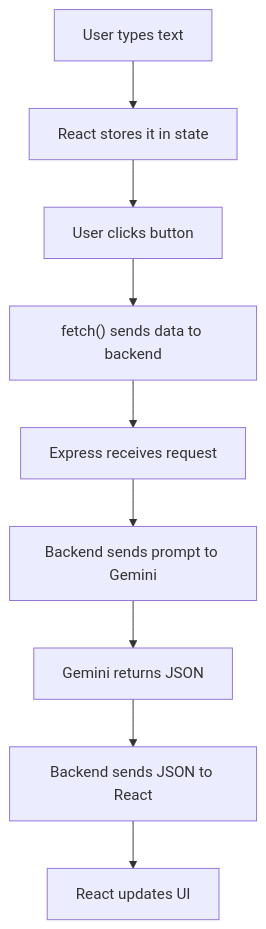
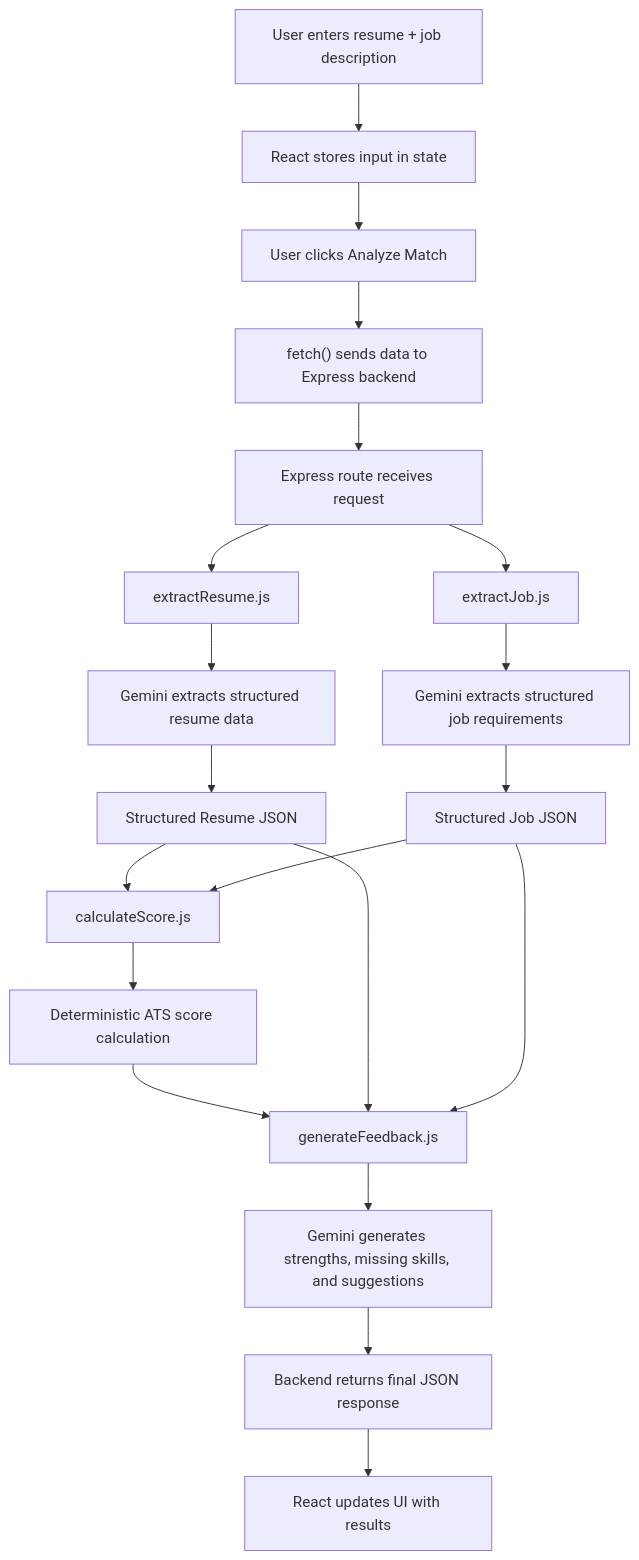
One commit to Sam-AI-Solutions/AI-Resume-Matcher changed the diagram in README.md. Above: the diagram before and after it, drawn with Mermaid.

````diff
--- a/README.md
+++ b/README.md
@@ -1,11 +1,37 @@
 ```mermaid
 flowchart TD
-    n1["User types text"] --> n2["React stores it in state"]
-    n2 --> n3["User clicks button"]
-    n3 --> n4["fetch() sends data to backend"]
-    n4 --> n5["Express receives request"]
-    n5 --> n6["Backend sends prompt to Gemini"]
-    n6 --> n7["Gemini returns JSON"]
-    n7 --> n8["Backend sends JSON to React"]
-    n8 --> n9["React updates UI"]
+
+    A["User enters resume + job description"]
+        --> B["React stores input in state"]
+
+    B --> C["User clicks Analyze Match"]
+
+    C --> D["fetch() sends data to Express backend"]
+
+    D --> E["Express route receives request"]
+
+    E --> F["extractResume.js"]
+    E --> G["extractJob.js"]
+
+    F --> H["Gemini extracts structured resume data"]
+    G --> I["Gemini extracts structured job requirements"]
+
+    H --> J["Structured Resume JSON"]
+    I --> K["Structured Job JSON"]
+
+    J --> L["calculateScore.js"]
+    K --> L
+
+    L --> M["Deterministic ATS score calculation"]
+
+    M --> N["generateFeedback.js"]
+
+    J --> N
+    K --> N
+
+    N --> O["Gemini generates strengths, missing skills, and suggestions"]
+
+    O --> P["Backend returns final JSON response"]
+
+    P --> Q["React updates UI with results"]
 ```
````
